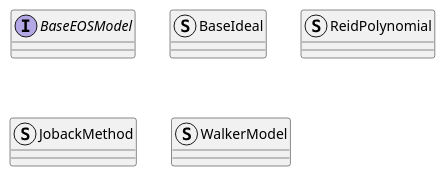
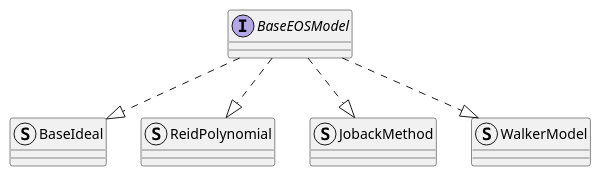
Before and after one commit to OSCPS-Project/OSCPS-UML: the diagram in thermo-module/thermo-packages/ideal-eos-module.puml, drawn with PlantUML. The commit also changed 12 other files, not shown here.

```diff
--- a/thermo-module/thermo-packages/ideal-eos-module.puml
+++ b/thermo-module/thermo-packages/ideal-eos-module.puml
@@ -1,23 +1,28 @@
 @startuml ideal_eos_class_diagram
 
 Interface BaseEOSModel {
 
 }
 
 Struct BaseIdeal {
 
 }
 
 Struct ReidPolynomial {
 
 }
 
 Struct JobackMethod {
 
 }
 
 Struct WalkerModel {
 
 }
 
+BaseEOSModel ..|> BaseIdeal
+BaseEOSModel ..|> ReidPolynomial
+BaseEOSModel ..|> JobackMethod
+BaseEOSModel ..|> WalkerModel
+
 @enduml
```
